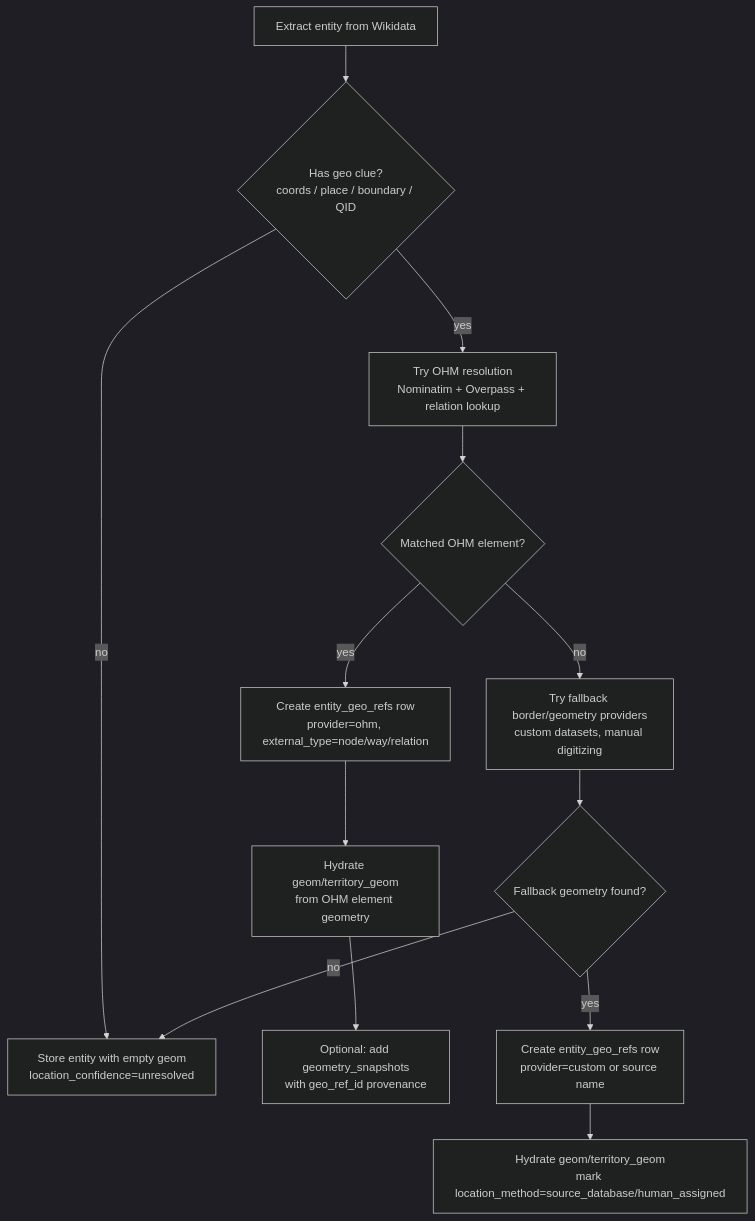
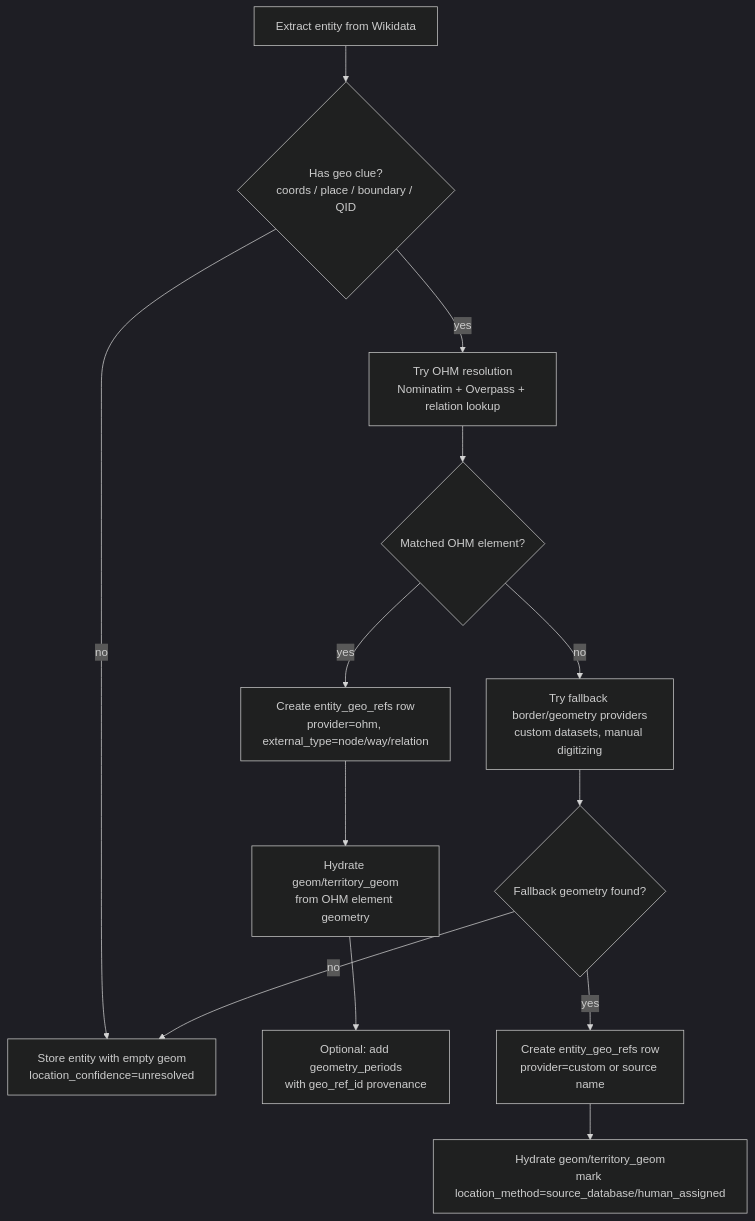
Before and after one commit to PickleSoda/history-mapped: the second of 5 diagrams in docs/entity-model/diagrams.md, drawn with Mermaid (dark theme). The commit also changed other lines of this file and 14 other files, not shown here.

Commit message:
refactor: remove snapshot UI flow and align entity model wording

````diff
--- a/docs/entity-model/diagrams.md
+++ b/docs/entity-model/diagrams.md
@@ -213,15 +214,15 @@
 ```mermaid
 flowchart TD
     A[Extract entity from Wikidata] --> B{Has geo clue?\ncoords / place / boundary / QID}
     B -- no --> Z[Store entity with empty geom\nlocation_confidence=unresolved]
     B -- yes --> C[Try OHM resolution\nNominatim + Overpass + relation lookup]
     C --> D{Matched OHM element?}
     D -- yes --> E[Create entity_geo_refs row\nprovider=ohm, external_type=node/way/relation]
     E --> F[Hydrate geom/territory_geom\nfrom OHM element geometry]
-    F --> G[Optional: add geometry_snapshots\nwith geo_ref_id provenance]
+    F --> G[Optional: add geometry_periods\nwith geo_ref_id provenance]
     D -- no --> H[Try fallback border/geometry providers\ncustom datasets, manual digitizing]
     H --> I{Fallback geometry found?}
     I -- yes --> J[Create entity_geo_refs row\nprovider=custom or source name]
     J --> K[Hydrate geom/territory_geom\nmark location_method=source_database/human_assigned]
     I -- no --> Z
 ```
````
